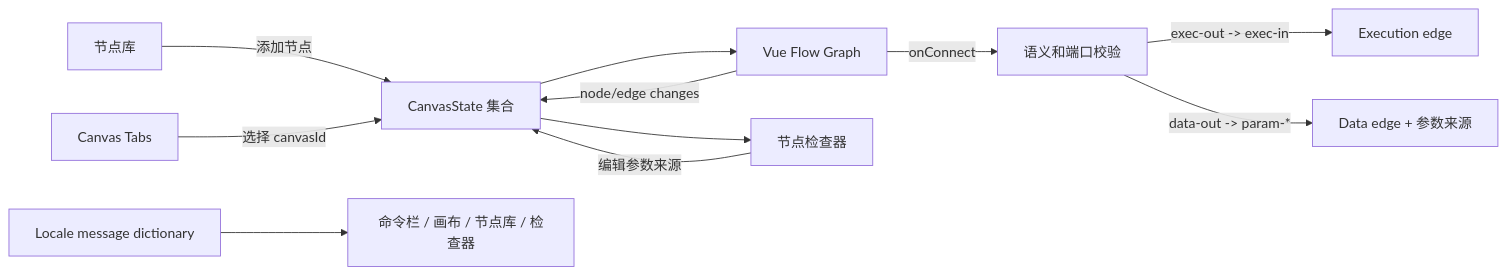
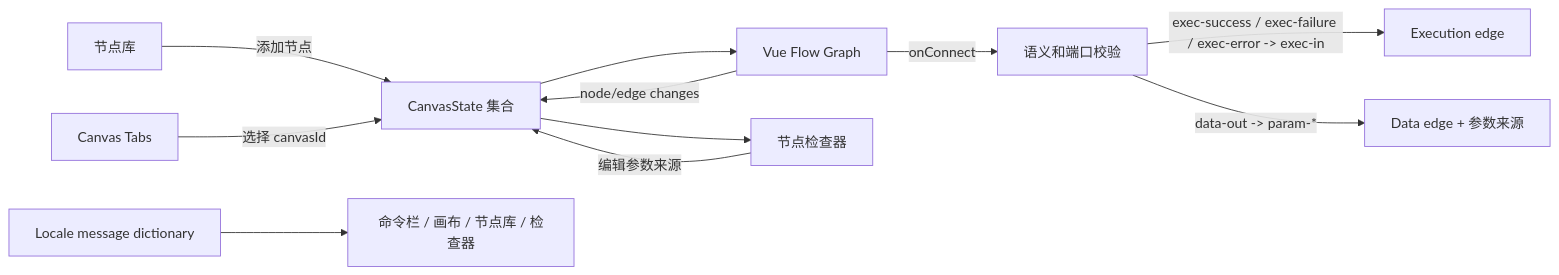
One commit to fhhyyp/serein-flow changed the first of 2 diagrams in docs/workbench-web-canvas/DESIGN_workbench-web-canvas.md. Above: the diagram before and after it, drawn with Mermaid. The commit also changed other lines of this file and 89 other files, not shown here.

Commit message:
feat: complete flow runtime and bilingual diagnostics

````diff
--- a/docs/workbench-web-canvas/DESIGN_workbench-web-canvas.md
+++ b/docs/workbench-web-canvas/DESIGN_workbench-web-canvas.md
@@ -7,13 +7,13 @@
 ```mermaid
 flowchart LR
     Library["节点库"] -->|"添加节点"| CanvasStore["CanvasState 集合"]
     Tabs["Canvas Tabs"] -->|"选择 canvasId"| CanvasStore
     CanvasStore --> VueFlow["Vue Flow Graph"]
     VueFlow -->|"node/edge changes"| CanvasStore
     VueFlow -->|"onConnect"| Guard["语义和端口校验"]
-    Guard -->|"exec-out -> exec-in"| Execution["Execution edge"]
+    Guard -->|"exec-success / exec-failure / exec-error -> exec-in"| Execution["Execution edge"]
     Guard -->|"data-out -> param-*"| Data["Data edge + 参数来源"]
     CanvasStore --> Inspector["节点检查器"]
     Inspector -->|"编辑参数来源"| CanvasStore
     Locale["Locale message dictionary"] --> Portal["命令栏 / 画布 / 节点库 / 检查器"]
 ```
````
